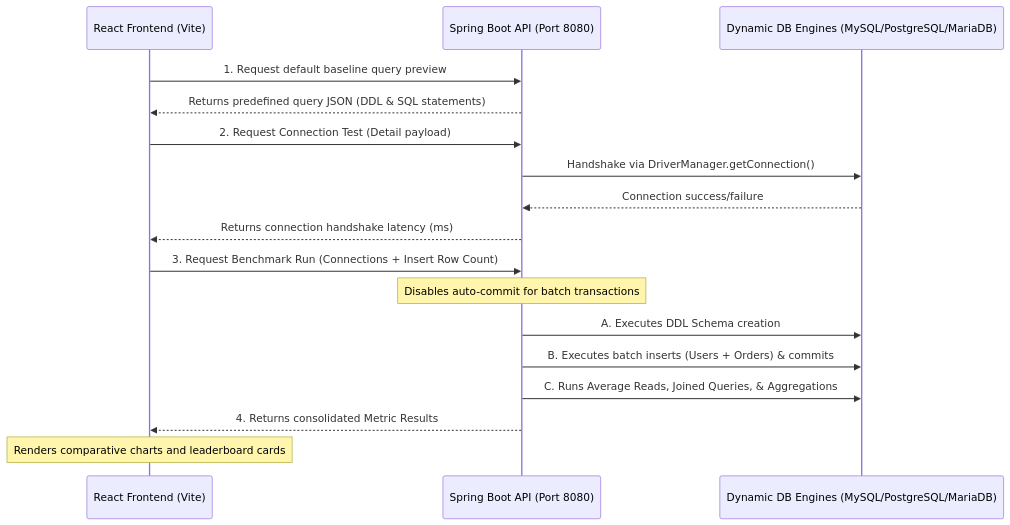
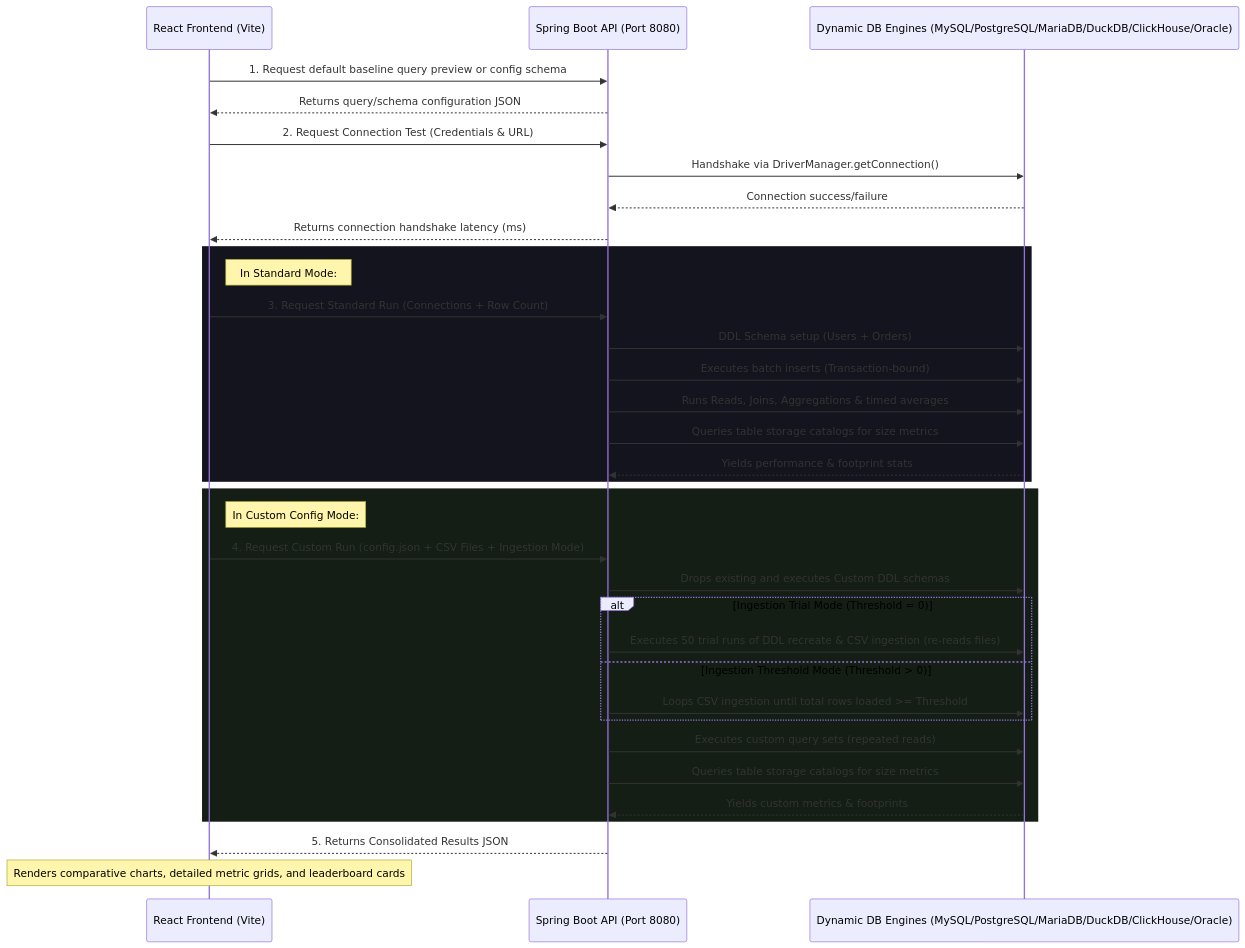
Before and after one commit to Sabnish776/Database-Analyser: the diagram in README.md, drawn with Mermaid. The commit also changed other lines of this file, not shown here.

````diff
--- a/README.md
+++ b/README.md
@@ -28,20 +37,40 @@
 ```mermaid
 sequenceDiagram
     participant UI as React Frontend (Vite)
     participant API as Spring Boot API (Port 8080)
-    participant DB as Dynamic DB Engines (MySQL/PostgreSQL/MariaDB)
+    participant DB as Dynamic DB Engines (MySQL/PostgreSQL/MariaDB/DuckDB/ClickHouse/Oracle)
 
-    UI->>API: 1. Request default baseline query preview
-    API-->>UI: Returns predefined query JSON (DDL & SQL statements)
-    UI->>API: 2. Request Connection Test (Detail payload)
+    UI->>API: 1. Request default baseline query preview or config schema
+    API-->>UI: Returns query/schema configuration JSON
+    UI->>API: 2. Request Connection Test (Credentials & URL)
     API->>DB: Handshake via DriverManager.getConnection()
     DB-->>API: Connection success/failure
     API-->>UI: Returns connection handshake latency (ms)
-    UI->>API: 3. Request Benchmark Run (Connections + Insert Row Count)
-    Note over API: Disables auto-commit for batch transactions
-    API->>DB: A. Executes DDL Schema creation
-    API->>DB: B. Executes batch inserts (Users + Orders) & commits
-    API->>DB: C. Runs Average Reads, Joined Queries, & Aggregations
-    API-->>UI: 4. Returns consolidated Metric Results
-    Note over UI: Renders comparative charts and leaderboard cards
+    
+    rect rgb(20, 20, 30)
+        note right of UI: In Standard Mode:
+        UI->>API: 3. Request Standard Run (Connections + Row Count)
+        API->>DB: DDL Schema setup (Users + Orders)
+        API->>DB: Executes batch inserts (Transaction-bound)
+        API->>DB: Runs Reads, Joins, Aggregations & timed averages
+        API->>DB: Queries table storage catalogs for size metrics
+        DB-->>API: Yields performance & footprint stats
+    end
+
+    rect rgb(20, 30, 20)
+        note right of UI: In Custom Config Mode:
+        UI->>API: 4. Request Custom Run (config.json + CSV Files + Ingestion Mode)
+        API->>DB: Drops existing and executes Custom DDL schemas
+        alt Ingestion Trial Mode (Threshold = 0)
+            API->>DB: Executes 50 trial runs of DDL recreate & CSV ingestion (re-reads files)
+        else Ingestion Threshold Mode (Threshold > 0)
+            API->>DB: Loops CSV ingestion until total rows loaded >= Threshold
+        end
+        API->>DB: Executes custom query sets (repeated reads)
+        API->>DB: Queries table storage catalogs for size metrics
+        DB-->>API: Yields custom metrics & footprints
+    end
+
+    API-->>UI: 5. Returns Consolidated Results JSON
+    Note over UI: Renders comparative charts, detailed metric grids, and leaderboard cards
 ```
````
